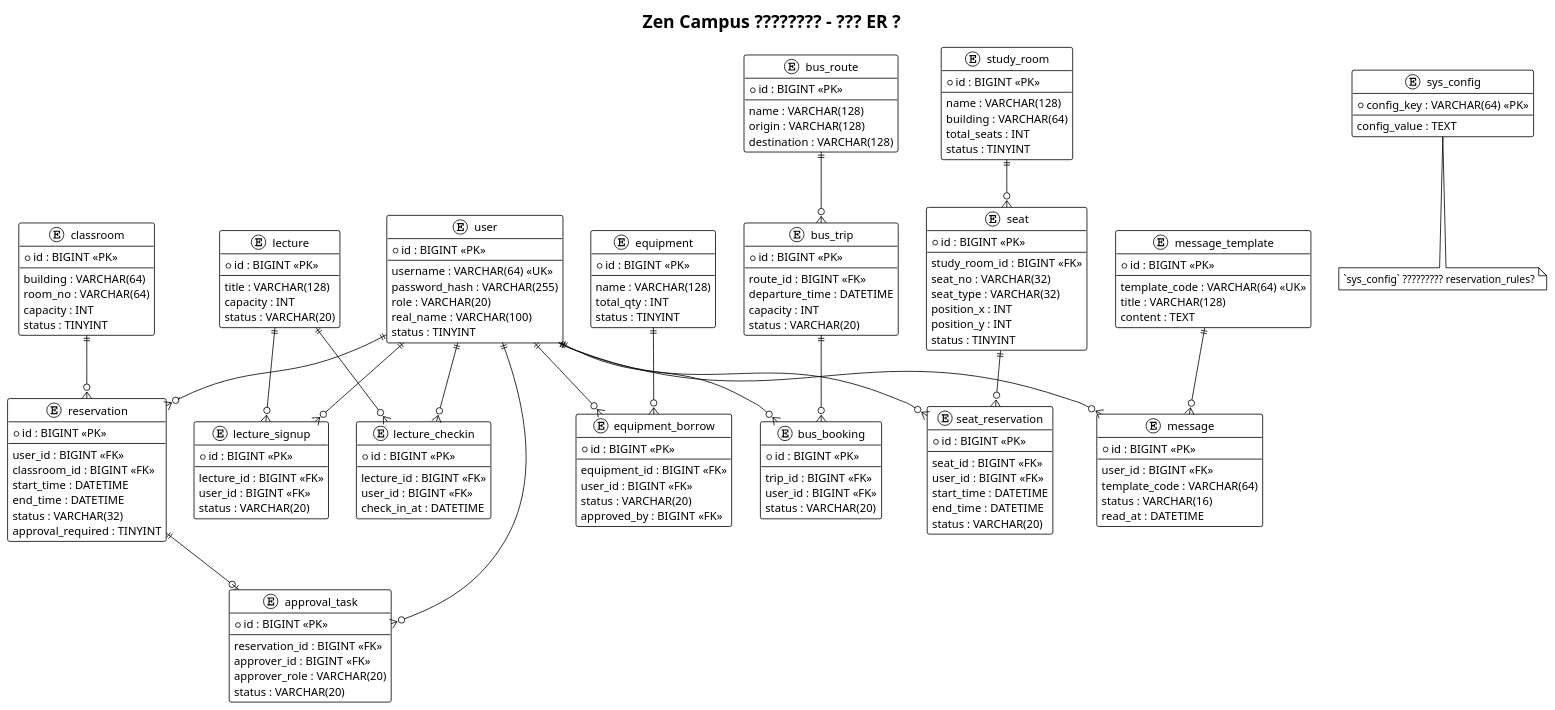
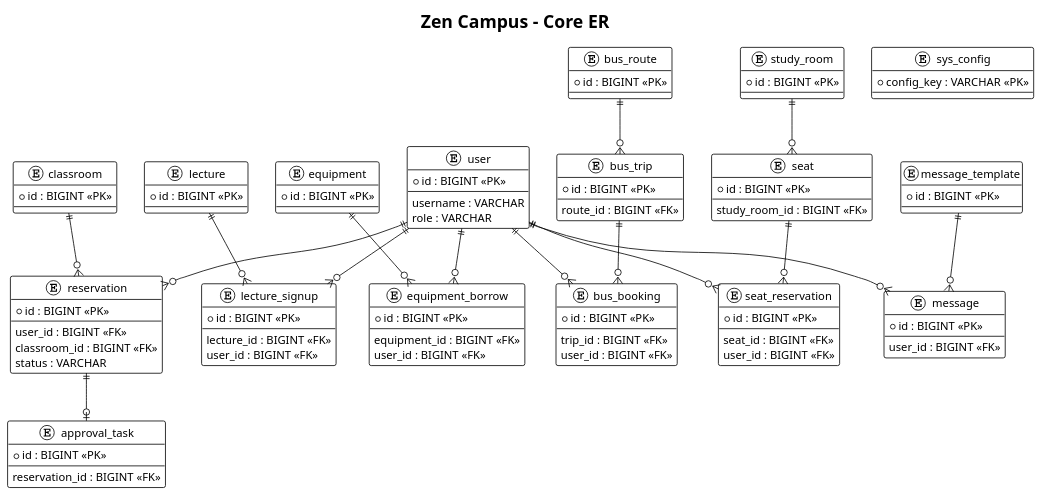
The diagram in report/result/charts/03_Database_ER.puml (ooyyh/zen), drawn with PlantUML before and after one commit. The commit also changed 16 other files, not shown here.

```diff
--- a/report/result/charts/03_Database_ER.puml
+++ b/report/result/charts/03_Database_ER.puml
@@ -1,197 +1,123 @@
-@startuml ???ER?
+@startuml Database ER
 !theme plain
 skinparam backgroundColor #FFFFFF
-skinparam entity {
-  BackgroundColor #E8F4FF
-  BorderColor #1D4ED8
+
+title Zen Campus - Core ER
+
+entity user {
+  * id : BIGINT <<PK>>
+  --
+  username : VARCHAR
+  role : VARCHAR
 }
 
-title Zen Campus ???????? - ??? ER ?
-
-entity "user" as user {
+entity classroom {
   * id : BIGINT <<PK>>
-  --
-  username : VARCHAR(64) <<UK>>
-  password_hash : VARCHAR(255)
-  role : VARCHAR(20)
-  real_name : VARCHAR(100)
-  status : TINYINT
 }
 
-entity "classroom" as classroom {
-  * id : BIGINT <<PK>>
-  --
-  building : VARCHAR(64)
-  room_no : VARCHAR(64)
-  capacity : INT
-  status : TINYINT
-}
-
-entity "reservation" as reservation {
+entity reservation {
   * id : BIGINT <<PK>>
   --
   user_id : BIGINT <<FK>>
   classroom_id : BIGINT <<FK>>
-  start_time : DATETIME
-  end_time : DATETIME
-  status : VARCHAR(32)
-  approval_required : TINYINT
+  status : VARCHAR
 }
 
-entity "approval_task" as approval_task {
+entity approval_task {
   * id : BIGINT <<PK>>
   --
   reservation_id : BIGINT <<FK>>
-  approver_id : BIGINT <<FK>>
-  approver_role : VARCHAR(20)
-  status : VARCHAR(20)
 }
 
-entity "lecture" as lecture {
+entity lecture {
   * id : BIGINT <<PK>>
-  --
-  title : VARCHAR(128)
-  capacity : INT
-  status : VARCHAR(20)
 }
 
-entity "lecture_signup" as lecture_signup {
+entity lecture_signup {
   * id : BIGINT <<PK>>
   --
   lecture_id : BIGINT <<FK>>
   user_id : BIGINT <<FK>>
-  status : VARCHAR(20)
 }
 
-entity "lecture_checkin" as lecture_checkin {
+entity equipment {
   * id : BIGINT <<PK>>
-  --
-  lecture_id : BIGINT <<FK>>
-  user_id : BIGINT <<FK>>
-  check_in_at : DATETIME
 }
 
-entity "equipment" as equipment {
-  * id : BIGINT <<PK>>
-  --
-  name : VARCHAR(128)
-  total_qty : INT
-  status : TINYINT
-}
-
-entity "equipment_borrow" as equipment_borrow {
+entity equipment_borrow {
   * id : BIGINT <<PK>>
   --
   equipment_id : BIGINT <<FK>>
   user_id : BIGINT <<FK>>
-  status : VARCHAR(20)
-  approved_by : BIGINT <<FK>>
 }
 
-entity "bus_route" as bus_route {
+entity bus_route {
   * id : BIGINT <<PK>>
-  --
-  name : VARCHAR(128)
-  origin : VARCHAR(128)
-  destination : VARCHAR(128)
 }
 
-entity "bus_trip" as bus_trip {
+entity bus_trip {
   * id : BIGINT <<PK>>
   --
   route_id : BIGINT <<FK>>
-  departure_time : DATETIME
-  capacity : INT
-  status : VARCHAR(20)
 }
 
-entity "bus_booking" as bus_booking {
+entity bus_booking {
   * id : BIGINT <<PK>>
   --
   trip_id : BIGINT <<FK>>
   user_id : BIGINT <<FK>>
-  status : VARCHAR(20)
 }
 
-entity "study_room" as study_room {
+entity study_room {
   * id : BIGINT <<PK>>
-  --
-  name : VARCHAR(128)
-  building : VARCHAR(64)
-  total_seats : INT
-  status : TINYINT
 }
 
-entity "seat" as seat {
+entity seat {
   * id : BIGINT <<PK>>
   --
   study_room_id : BIGINT <<FK>>
-  seat_no : VARCHAR(32)
-  seat_type : VARCHAR(32)
-  position_x : INT
-  position_y : INT
-  status : TINYINT
 }
 
-entity "seat_reservation" as seat_reservation {
+entity seat_reservation {
   * id : BIGINT <<PK>>
   --
   seat_id : BIGINT <<FK>>
   user_id : BIGINT <<FK>>
-  start_time : DATETIME
-  end_time : DATETIME
-  status : VARCHAR(20)
 }
 
-entity "message_template" as message_template {
+entity message_template {
   * id : BIGINT <<PK>>
-  --
-  template_code : VARCHAR(64) <<UK>>
-  title : VARCHAR(128)
-  content : TEXT
 }
 
-entity "message" as message {
+entity message {
   * id : BIGINT <<PK>>
   --
   user_id : BIGINT <<FK>>
-  template_code : VARCHAR(64)
-  status : VARCHAR(16)
-  read_at : DATETIME
 }
 
-entity "sys_config" as sys_config {
-  * config_key : VARCHAR(64) <<PK>>
-  --
-  config_value : TEXT
+entity sys_config {
+  * config_key : VARCHAR <<PK>>
 }
 
 user ||--o{ reservation
 classroom ||--o{ reservation
 reservation ||--o| approval_task
-user ||--o{ approval_task
 
 lecture ||--o{ lecture_signup
 user ||--o{ lecture_signup
-lecture ||--o{ lecture_checkin
-user ||--o{ lecture_checkin
 
 equipment ||--o{ equipment_borrow
 user ||--o{ equipment_borrow
 
 bus_route ||--o{ bus_trip
 bus_trip ||--o{ bus_booking
 user ||--o{ bus_booking
 
 study_room ||--o{ seat
 seat ||--o{ seat_reservation
 user ||--o{ seat_reservation
 
 message_template ||--o{ message
 user ||--o{ message
 
-note bottom
-  `sys_config` ????????? reservation_rules?
-end note
-
 @enduml
```
